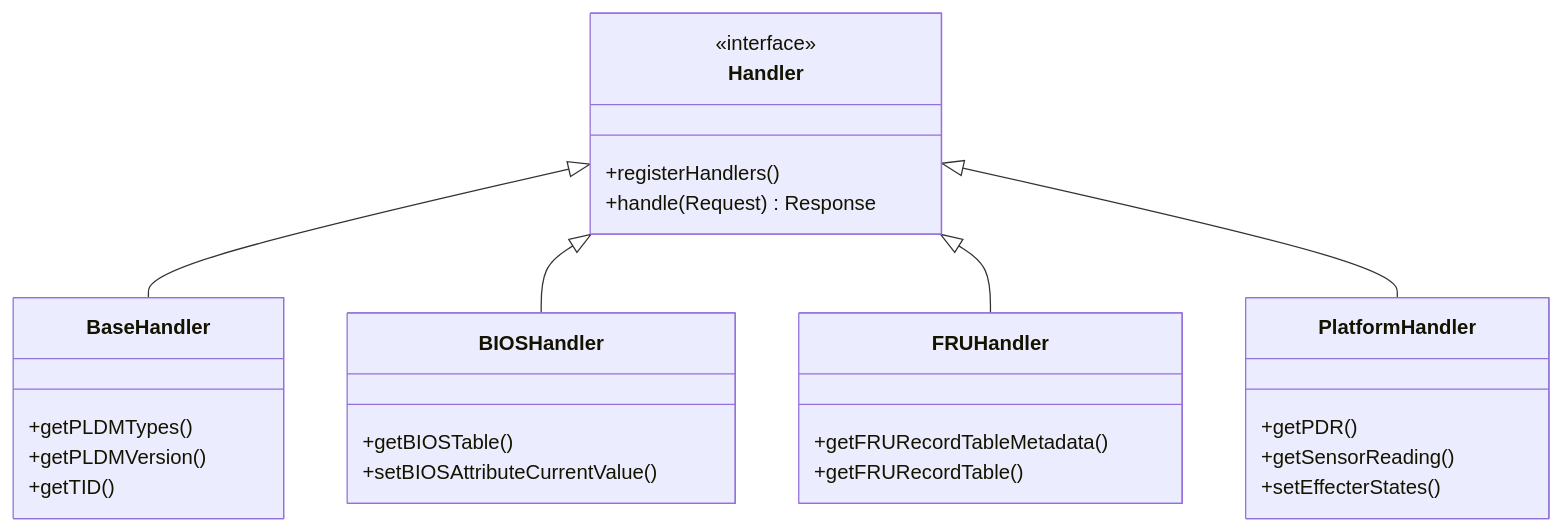
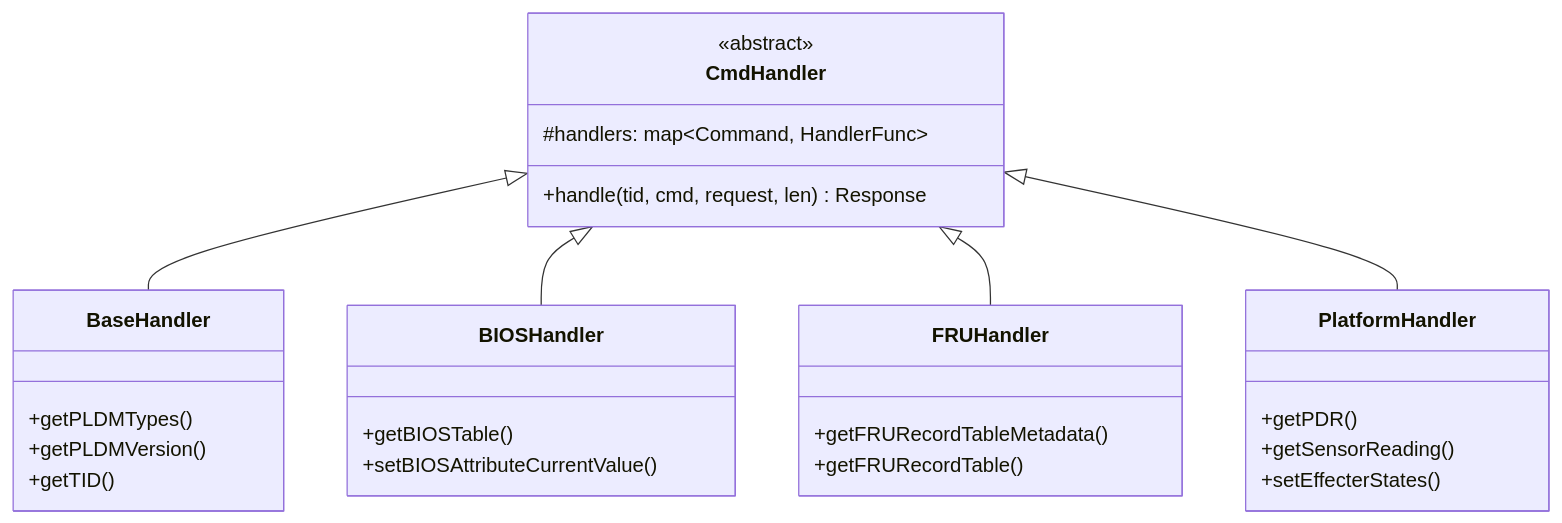
One commit to chilung-cgu/bmc-firmware-knowledge-base changed the first of 2 diagrams in pldm/CodeOrganization.md. Above: the diagram before and after it, drawn with Mermaid. The commit also changed other lines of this file and 15 other files, not shown here.

````diff
--- a/pldm/CodeOrganization.md
+++ b/pldm/CodeOrganization.md
@@ -85,35 +90,35 @@
 ```mermaid
 classDiagram
-    class Handler {
-        <<interface>>
-        +registerHandlers()
-        +handle(Request) Response
+    class CmdHandler {
+        <<abstract>>
+        +handle(tid, cmd, request, len) Response
+        #handlers: map~Command, HandlerFunc~
     }
 
     class BaseHandler {
         +getPLDMTypes()
         +getPLDMVersion()
         +getTID()
     }
 
     class BIOSHandler {
         +getBIOSTable()
         +setBIOSAttributeCurrentValue()
     }
 
     class FRUHandler {
         +getFRURecordTableMetadata()
         +getFRURecordTable()
     }
 
     class PlatformHandler {
         +getPDR()
         +getSensorReading()
         +setEffecterStates()
     }
 
-    Handler <|-- BaseHandler
-    Handler <|-- BIOSHandler
-    Handler <|-- FRUHandler
-    Handler <|-- PlatformHandler
+    CmdHandler <|-- BaseHandler
+    CmdHandler <|-- BIOSHandler
+    CmdHandler <|-- FRUHandler
+    CmdHandler <|-- PlatformHandler
 ```
````
